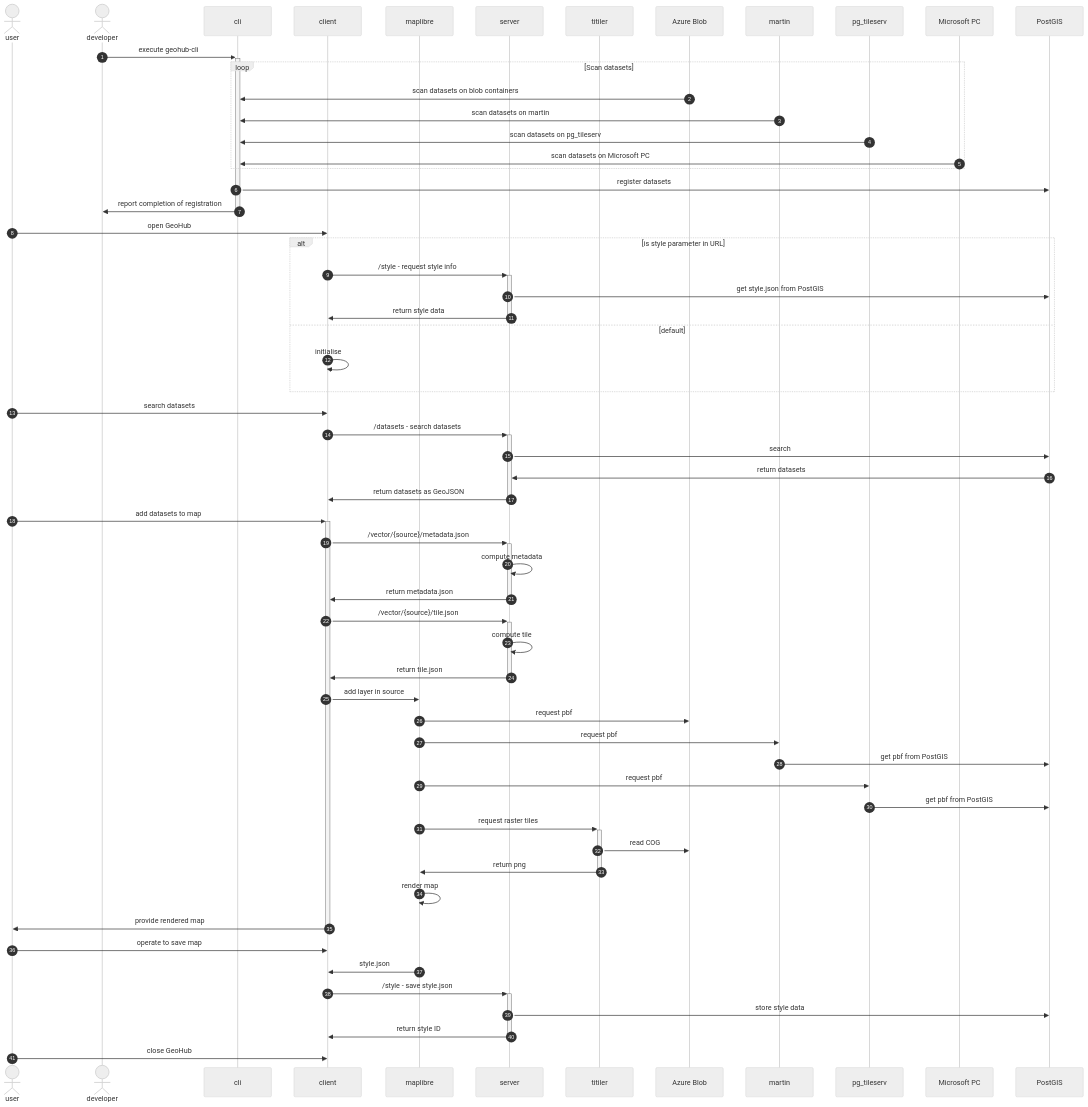
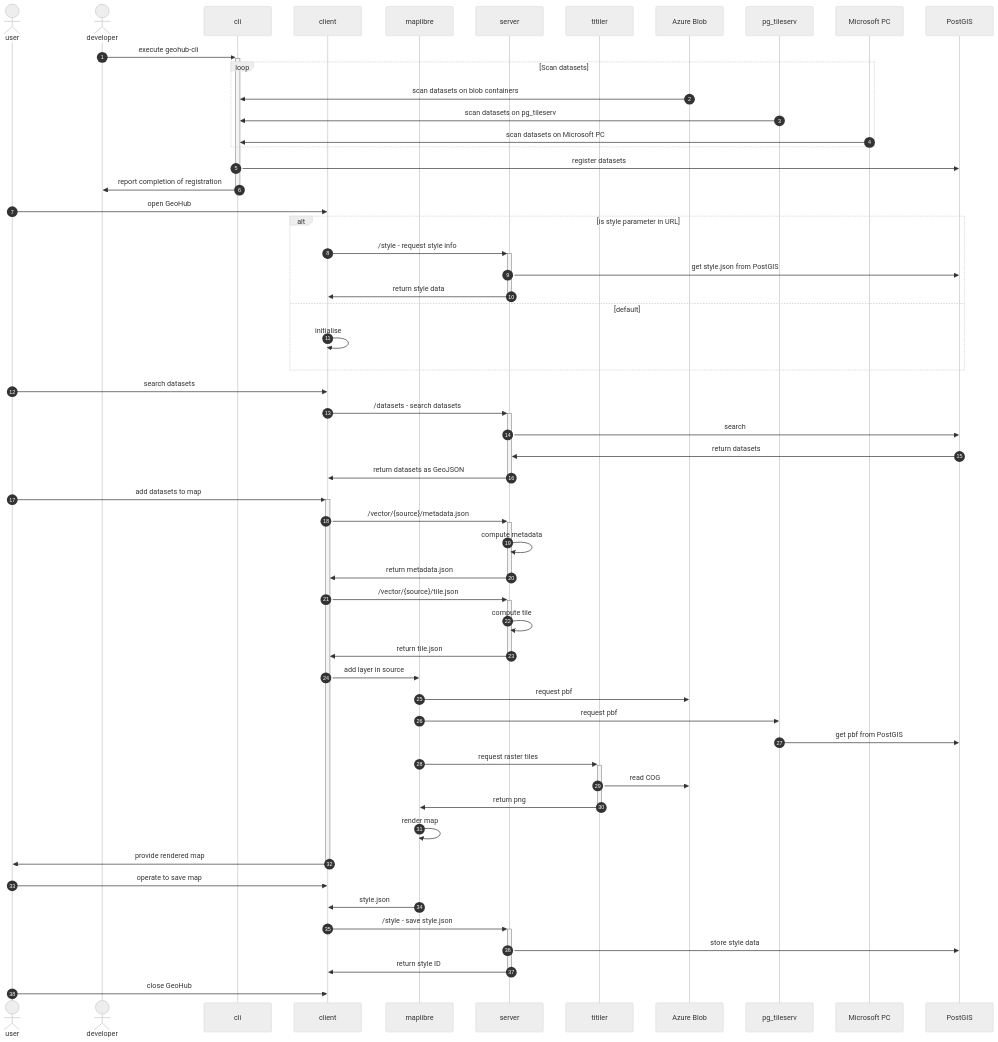
Before and after one commit to UNDP-Data/geohub: the first of 3 diagrams in documentation/DIAGRAMS.md, drawn with Mermaid (neutral theme). The commit also changed 29 other files, not shown here.

````diff
--- a/documentation/DIAGRAMS.md
+++ b/documentation/DIAGRAMS.md
@@ -13,70 +13,66 @@
 ```mermaid
 sequenceDiagram
     autonumber
     actor user
     actor developer
     participant cli
     participant client
     participant maplibre
     participant server
     participant titiler
     participant blob as Azure Blob
-    participant martin
     participant pg as pg_tileserv
     participant mspc as Microsoft PC
     participant db as PostGIS
 
     developer->>+cli: execute geohub-cli
     loop Scan datasets
         blob->>cli: scan datasets on blob containers
-        martin->>cli: scan datasets on martin
         pg->>cli: scan datasets on pg_tileserv
         mspc->>cli: scan datasets on Microsoft PC
     end
     cli->>db: register datasets
     cli->>-developer: report completion of registration
 
     user->>client: open GeoHub
     alt is style parameter in URL
         client->>+server: /style - request style info
         server->>db: get style.json from PostGIS
         server->>-client: return style data
     else default
         client->>client: initialise
     end
 
     user->>client: search datasets
     client->>+server: /datasets - search datasets
     server->>db: search
     db->>server: return datasets
     server->>-client: return datasets as GeoJSON
 
     user->>+client: add datasets to map
     client->>+server: /vector/{source}/metadata.json
     server->>server: compute metadata
     server->>-client: return metadata.json
 
     client->>+server: /vector/{source}/tile.json
     server->>server: compute tile
     server->>-client: return tile.json
 
     client->>maplibre: add layer in source
     maplibre->>blob: request pbf
-    maplibre->>martin: request pbf
-    martin->>db: get pbf from PostGIS
     maplibre->>pg: request pbf
     pg->>db: get pbf from PostGIS
     maplibre->>+titiler: request raster tiles
     titiler->>blob: read COG
     titiler->>-maplibre: return png
     maplibre->>maplibre: render map
 
     client->>-user: provide rendered map
 
     user->>client: operate to save map
     maplibre->>client: style.json
     client->>+server: /style - save style.json
     server->>db: store style data
     server->>-client: return style ID
     user->>client: close GeoHub
 ```
````
